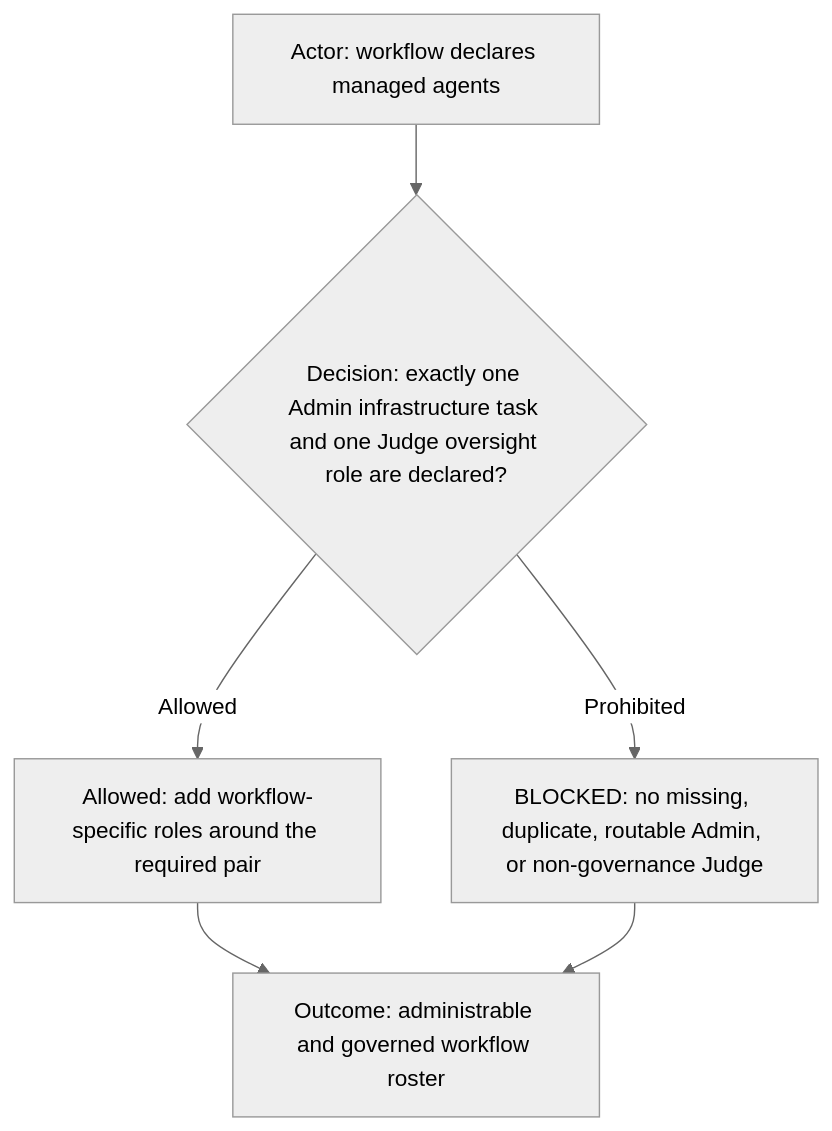
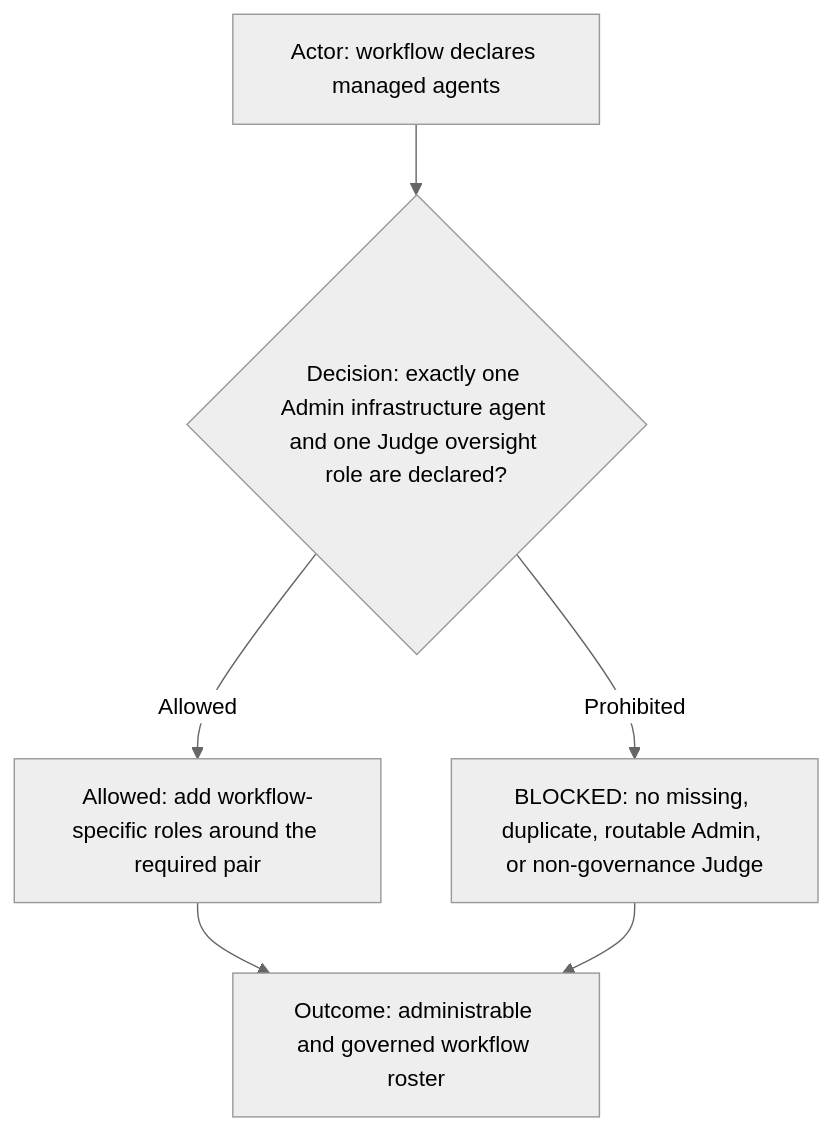
Before and after one commit to starodubtsevconsulting/ai-fleas: diagram 15 of 17 in ai-workflows/agents.md, drawn with Mermaid (neutral theme). The commit also changed other lines of this file and 15 other files, not shown here.

````diff
--- a/ai-workflows/agents.md
+++ b/ai-workflows/agents.md
@@ -350,8 +354,8 @@
 ```mermaid
 flowchart TD
-  Actor["Actor: workflow declares managed agents"] --> Decision{"Decision: exactly one Admin infrastructure task and one Judge oversight role are declared?"}
+  Actor["Actor: workflow declares managed agents"] --> Decision{"Decision: exactly one Admin infrastructure agent and one Judge oversight role are declared?"}
   Decision -->|Allowed| Route["Allowed: add workflow-specific roles around the required pair"]
   Decision -->|Prohibited| Blocked["BLOCKED: no missing, duplicate, routable Admin, or non-governance Judge"]
   Route --> Outcome["Outcome: administrable and governed workflow roster"]
   Blocked --> Outcome
 ```
````
